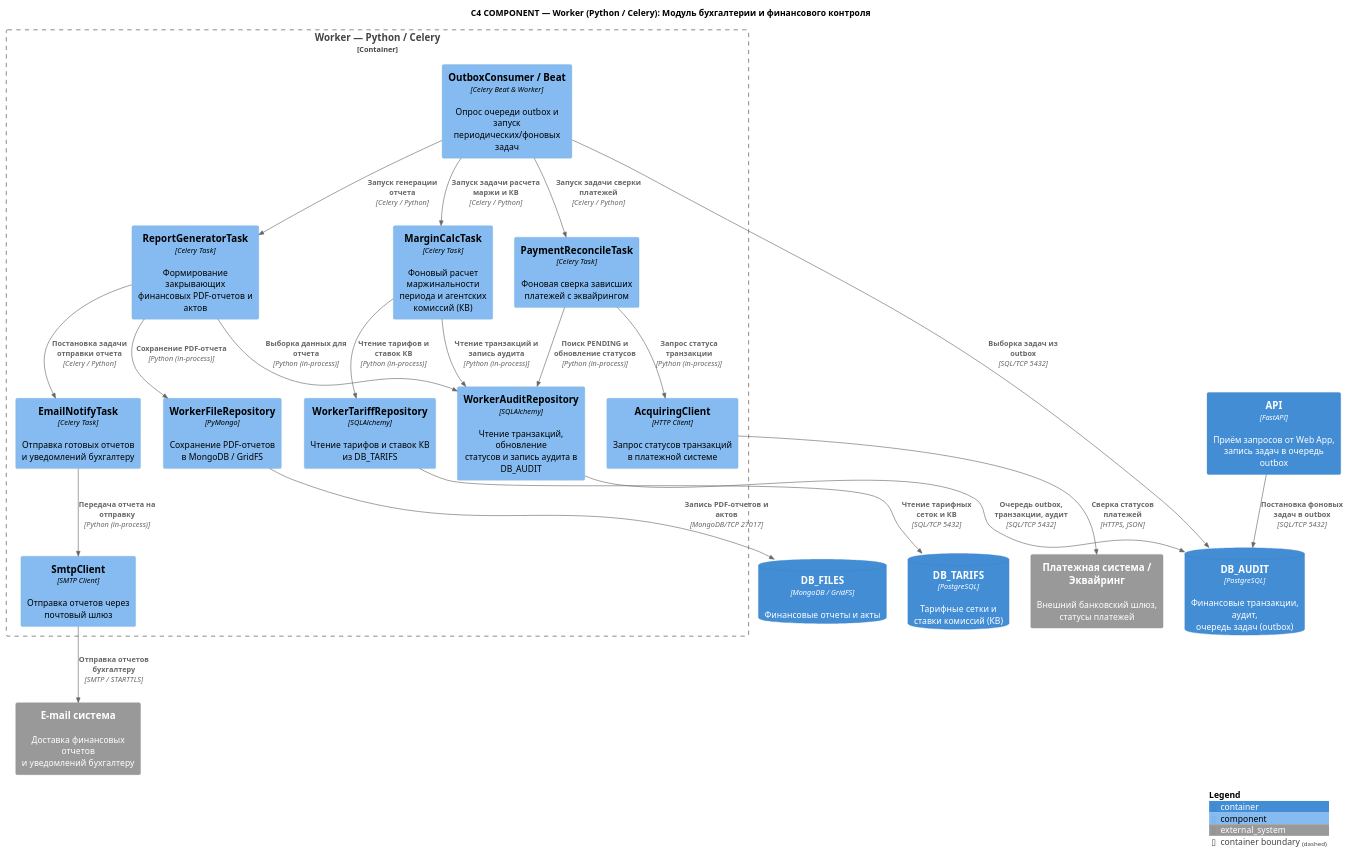
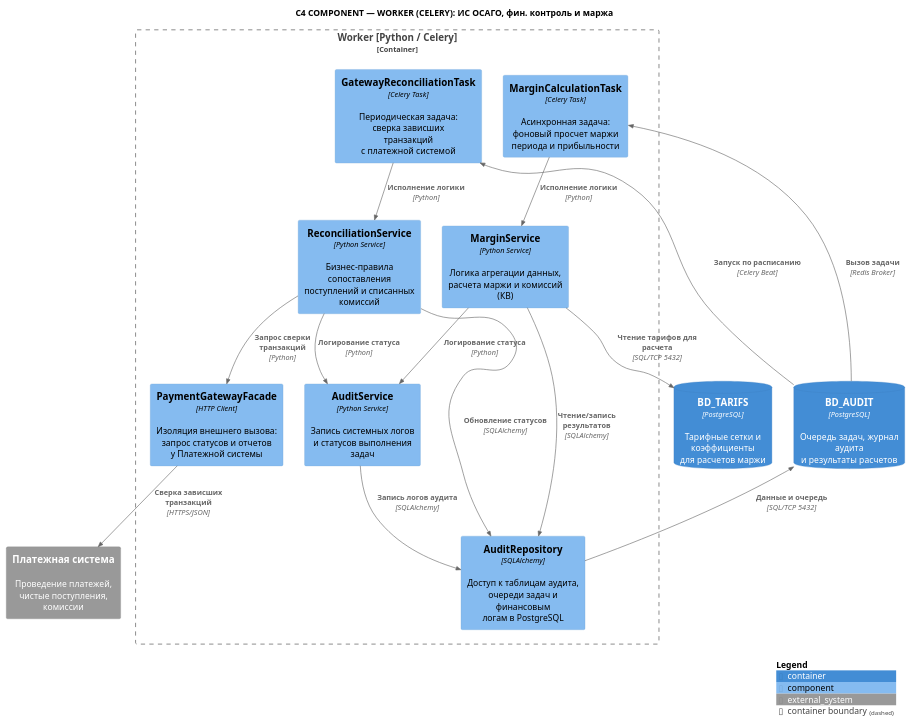
Before and after one commit to ElectricLight-ELO/Insurance-system: the diagram in architecture/src/uscov_worker/L3_component.puml, drawn with PlantUML. The commit also changed 3 other files, not shown here.

```diff
--- a/architecture/src/uscov_worker/L3_component.puml
+++ b/architecture/src/uscov_worker/L3_component.puml
@@ -1,51 +1,73 @@
 @startuml
 !include ../core/C4_Component.puml
 
-title C4 COMPONENT — Worker (Python / Celery): Модуль бухгалтерии и финансового контроля
+title C4 COMPONENT — WORKER (CELERY): ИС ОСАГО, фин. контроль и маржа
 
-Container(api, "API", "FastAPI", "Приём запросов от Web App,\nзапись задач в очередь outbox")
-ContainerDb(db_audit, "DB_AUDIT", "PostgreSQL", "Финансовые транзакции, аудит,\nочередь задач (outbox)")
-ContainerDb(db_tarifs, "DB_TARIFS", "PostgreSQL", "Тарифные сетки и\nставки комиссий (КВ)")
-ContainerDb(db_files, "DB_FILES", "MongoDB / GridFS", "Финансовые отчеты и акты")
+Container_Boundary(worker, "Worker [Python / Celery]") {
 
-Container_Boundary(worker, "Worker — Python / Celery") {
-    Component(beat_poller, "OutboxConsumer / Beat", "Celery Beat & Worker", "Опрос очереди outbox и запуск\nпериодических/фоновых задач")
-    Component(margin_worker, "MarginCalcTask", "Celery Task", "Фоновый расчет маржинальности\nпериода и агентских комиссий (КВ)")
-    Component(recon_worker, "PaymentReconcileTask", "Celery Task", "Фоновая сверка зависших\nплатежей с эквайрингом")
-    Component(report_worker, "ReportGeneratorTask", "Celery Task", "Формирование закрывающих\nфинансовых PDF-отчетов и актов")
-    Component(notify_worker, "EmailNotifyTask", "Celery Task", "Отправка готовых отчетов\nи уведомлений бухгалтеру")
+    ' --- Слой приема задач / consumers ---
+    together {
+        Component(c_margin, "MarginCalculationTask", "Celery Task", "Асинхронная задача:\nфоновый просчет маржи\nпериода и прибыльности", $tags="consumer")
+        Component(c_reconcile, "GatewayReconciliationTask", "Celery Task", "Периодическая задача:\nсверка зависших транзакций\nс платежной системой", $tags="consumer")
+    }
 
-    Component(worker_audit_repo, "WorkerAuditRepository", "SQLAlchemy", "Чтение транзакций, обновление\nстатусов и запись аудита в DB_AUDIT")
-    Component(worker_tariff_repo, "WorkerTariffRepository", "SQLAlchemy", "Чтение тарифов и ставок КВ\nиз DB_TARIFS")
-    Component(worker_files_repo, "WorkerFileRepository", "PyMongo", "Сохранение PDF-отчетов\nв MongoDB / GridFS")
-    Component(worker_bank_client, "AcquiringClient", "HTTP Client", "Запрос статусов транзакций\nв платежной системе")
-    Component(worker_mail_client, "SmtpClient", "SMTP Client", "Отправка отчетов через\nпочтовый шлюз")
+    ' --- Слой бизнес-логики ---
+    together {
+        Component(s_audit, "AuditService", "Python Service", "Запись системных логов\nи статусов выполнения задач", $tags="service")
+        Component(s_margin, "MarginService", "Python Service", "Логика агрегации данных,\nрасчета маржи и комиссий (КВ)", $tags="service")
+        Component(s_reconcile, "ReconciliationService", "Python Service", "Бизнес-правила сопоставления\nпоступлений и списанных комиссий", $tags="service")
+    }
+
+    ' --- Слой интеграции ---
+    together {
+        Component(f_pay, "PaymentGatewayFacade", "HTTP Client", "Изоляция внешнего вызова:\nзапрос статусов и отчетов\nу Платежной системы", $tags="integration")
+    }
+
+    ' --- Слой доступа к данным ---
+    together {
+        Component(r_audit, "AuditRepository", "SQLAlchemy", "Доступ к таблицам аудита,\nочереди задач и финансовым\nлогам в PostgreSQL", $tags="data")
+    }
 }
 
-System_Ext(payment_sys, "Платежная система / Эквайринг", "Внешний банковский шлюз,\nстатусы платежей", $tags="ext")
-System_Ext(email_sys, "E-mail система", "Доставка финансовых отчетов\nи уведомлений бухгалтеру", $tags="ext")
+' === ВНЕШНИЕ СИСТЕМЫ И БД (СНИЗУ) ===
+together {
+    ContainerDb(db_audit, "BD_AUDIT", "PostgreSQL", "Очередь задач, журнал аудита\nи результаты расчетов")
+    ContainerDb(db_tarifs, "BD_TARIFS", "PostgreSQL", "Тарифные сетки и коэффициенты\nдля расчетов маржи")
+}
+together {
+    System_Ext(payment_sys, "Платежная система", "Проведение платежей, чистые поступления, комиссии", $tags="ext")
+}
 
-Rel(api, db_audit, "Постановка фоновых задач в outbox", "SQL/TCP 5432")
-Rel(beat_poller, db_audit, "Выборка задач из outbox", "SQL/TCP 5432")
+' === СВЯЗИ (RELATIONSHIPS) ===
 
-Rel(beat_poller, margin_worker, "Запуск задачи расчета маржи и КВ", "Celery / Python")
-Rel(beat_poller, recon_worker, "Запуск задачи сверки платежей", "Celery / Python")
-Rel(beat_poller, report_worker, "Запуск генерации отчета", "Celery / Python")
-Rel(report_worker, notify_worker, "Постановка задачи отправки отчета", "Celery / Python")
+' Очередь -> Задачи воркера
+Rel(db_audit, c_margin, "Вызов задачи", "Redis Broker", $tags="async")
+Rel(db_audit, c_reconcile, "Запуск по расписанию", "Celery Beat", $tags="async")
 
-Rel(margin_worker, worker_tariff_repo, "Чтение тарифов и ставок КВ", "Python (in-process)")
-Rel(margin_worker, worker_audit_repo, "Чтение транзакций и запись аудита", "Python (in-process)")
-Rel(recon_worker, worker_audit_repo, "Поиск PENDING и обновление статусов", "Python (in-process)")
-Rel(recon_worker, worker_bank_client, "Запрос статуса транзакции", "Python (in-process)")
-Rel(report_worker, worker_audit_repo, "Выборка данных для отчета", "Python (in-process)")
-Rel(report_worker, worker_files_repo, "Сохранение PDF-отчета", "Python (in-process)")
-Rel(notify_worker, worker_mail_client, "Передача отчета на отправку", "Python (in-process)")
+' Задачи -> Сервисы
+Rel(c_margin, s_margin, "Исполнение логики", "Python")
+Rel(c_reconcile, s_reconcile, "Исполнение логики", "Python")
 
-Rel(worker_tariff_repo, db_tarifs, "Чтение тарифных сеток и КВ", "SQL/TCP 5432")
-Rel(worker_audit_repo, db_audit, "Очередь outbox, транзакции, аудит", "SQL/TCP 5432")
-Rel(worker_files_repo, db_files, "Запись PDF-отчетов и актов", "MongoDB/TCP 27017")
-Rel(worker_bank_client, payment_sys, "Сверка статусов платежей", "HTTPS, JSON")
-Rel(worker_mail_client, email_sys, "Отправка отчетов бухгалтеру", "SMTP / STARTTLS", $tags="async")
+' Сервисы -> Аудит
+Rel(s_margin, s_audit, "Логирование статуса", "Python")
+Rel(s_reconcile, s_audit, "Логирование статуса", "Python")
 
+' Сервисы -> Фасады
+Rel(s_reconcile, f_pay, "Запрос сверки транзакций", "Python")
+
+' Сервисы -> Репозитории
+Rel(s_margin, r_audit, "Чтение/запись результатов", "SQLAlchemy")
+Rel(s_reconcile, r_audit, "Обновление статусов", "SQLAlchemy")
+Rel(s_audit, r_audit, "Запись логов аудита", "SQLAlchemy")
+
+' Репозитории -> БД
+Rel(r_audit, db_audit, "Данные и очередь", "SQL/TCP 5432")
+Rel(s_margin, db_tarifs, "Чтение тарифов для расчета", "SQL/TCP 5432")
+
+' Фасад -> Внешняя система
+Rel(f_pay, payment_sys, "Сверка зависших транзакций", "HTTPS/JSON", $tags="async")
+
+' === ЛЕГЕНДА ===
 SHOW_LEGEND()
+
 @enduml
```
